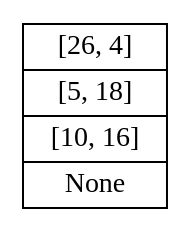
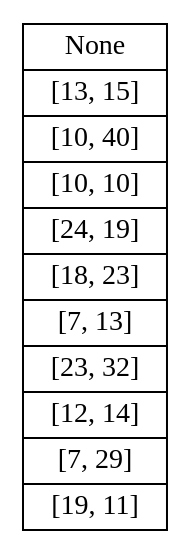
The diagram in Game/stack.gv (jmansilla-2014056/EDD_P1_Snake-Game), drawn with Graphviz before and after one commit. The commit also changed 10 other files, not shown here.

```diff
--- a/Game/stack.gv
+++ b/Game/stack.gv
@@ -1,4 +1,4 @@
 digraph structs {
 	node [shape=record]
-	stack [label="{[26, 4]|[5, 18]|[10, 16]|None}"]
+	stack [label="{None|[13, 15]|[10, 40]|[10, 10]|[24, 19]|[18, 23]|[7, 13]|[23, 32]|[12, 14]|[7, 29]|[19, 11]}"]
 }
```
